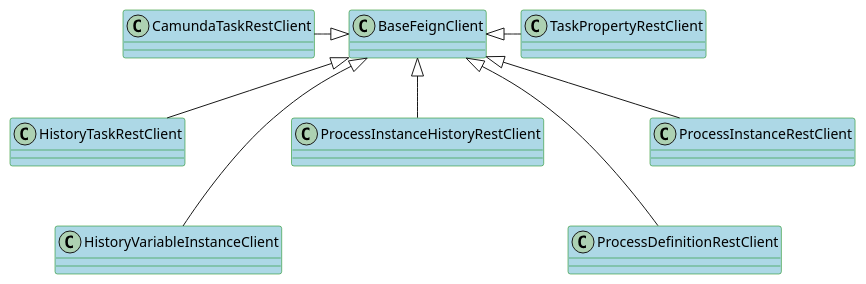
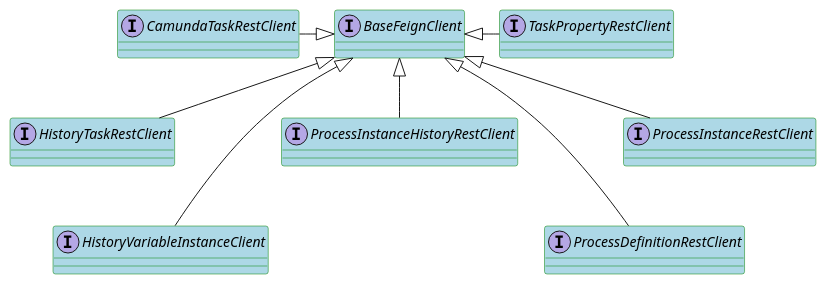
One commit to epam/edp-ddm-bpms changed the first of 3 diagrams in docs/modules/bpms/pages/bpms-feign-client.adoc. Above: the diagram before and after it, drawn with PlantUML. The commit also changed other lines of this file and 2 other files, not shown here.

Commit message:
[MDTUDDM-4799]

```diff
--- a/docs/modules/bpms/pages/bpms-feign-client.adoc
+++ b/docs/modules/bpms/pages/bpms-feign-client.adoc
@@ -8,18 +8,18 @@
 [plantuml,feign-client,svg]
 ----
 @startuml
-class BaseFeignClient  #back:lightblue;line:green;text:black
-class CamundaTaskRestClient #back:lightblue;line:green;text:black
-class HistoryTaskRestClient  #back:lightblue;line:green;text:black extends BaseFeignClient
-class HistoryVariableInstanceClient  #back:lightblue;line:green;text:black extends BaseFeignClient
-class ProcessInstanceHistoryRestClient  #back:lightblue;line:green;text:black extends BaseFeignClient
-class ProcessDefinitionRestClient  #back:lightblue;line:green;text:black extends BaseFeignClient
-class ProcessInstanceRestClient  #back:lightblue;line:green;text:black extends BaseFeignClient
-class TaskPropertyRestClient  #back:lightblue;line:green;text:black
+interface BaseFeignClient  #back:lightblue;line:green;text:black
+interface CamundaTaskRestClient #back:lightblue;line:green;text:black
+interface HistoryTaskRestClient  #back:lightblue;line:green;text:black extends BaseFeignClient
+interface HistoryVariableInstanceClient  #back:lightblue;line:green;text:black extends BaseFeignClient
+interface ProcessInstanceHistoryRestClient  #back:lightblue;line:green;text:black extends BaseFeignClient
+interface ProcessDefinitionRestClient  #back:lightblue;line:green;text:black extends BaseFeignClient
+interface ProcessInstanceRestClient  #back:lightblue;line:green;text:black extends BaseFeignClient
+interface TaskPropertyRestClient  #back:lightblue;line:green;text:black
 
 CamundaTaskRestClient -|> BaseFeignClient
 BaseFeignClient <|- TaskPropertyRestClient
 ProcessInstanceRestClient <-[hidden]- ProcessDefinitionRestClient
 HistoryTaskRestClient  --[hidden]> HistoryVariableInstanceClient
 @enduml
 ----
```
